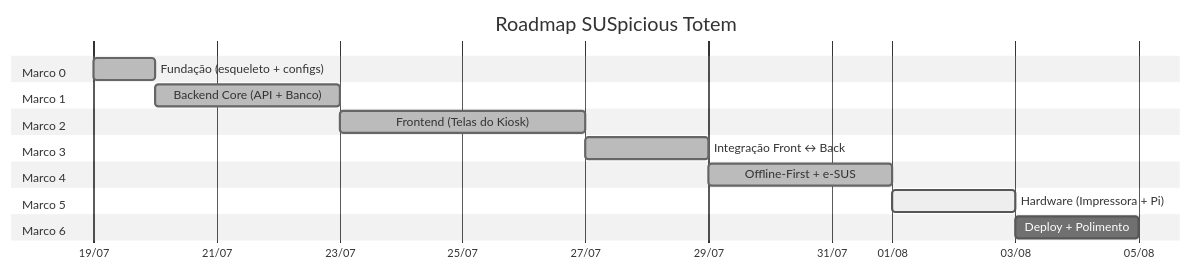
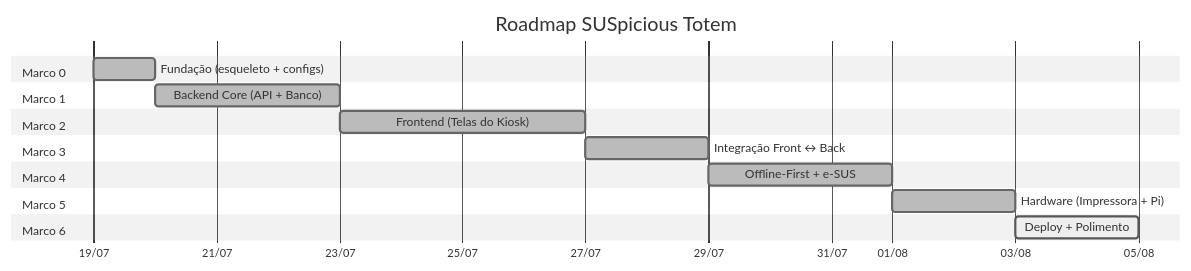
One commit to Gabriell-Ilius/SUSpicious_Totem changed the diagram in ROADMAP.md. Above: the diagram before and after it, drawn with Mermaid (neutral theme). The commit also changed other lines of this file and 12 other files, not shown here.

Commit message:
feat: complete Marco 5 (Hardware, Printer and RPi deploy)

````diff
--- a/ROADMAP.md
+++ b/ROADMAP.md
@@ -9,27 +9,27 @@
 ```mermaid
 gantt
     title Roadmap SUSpicious Totem
     dateFormat  YYYY-MM-DD
     axisFormat  %d/%m
 
     section Marco 0
     Fundação (esqueleto + configs)           :done, m0, 2026-07-19, 1d
 
     section Marco 1
     Backend Core (API + Banco)               :done, m1, after m0, 3d
 
     section Marco 2
     Frontend (Telas do Kiosk)                :done, m2, after m1, 4d
 
     section Marco 3
     Integração Front ↔ Back                  :done, m3, after m2, 2d
 
     section Marco 4
     Offline-First + e-SUS                    :done, m4, after m3, 3d
 
     section Marco 5
-    Hardware (Impressora + Pi)               :active, m5, after m4, 2d
+    Hardware (Impressora + Pi)               :done, m5, after m4, 2d
 
     section Marco 6
-    Deploy + Polimento                       :m6, after m5, 2d
+    Deploy + Polimento                       :active, m6, after m5, 2d
 ```
````
